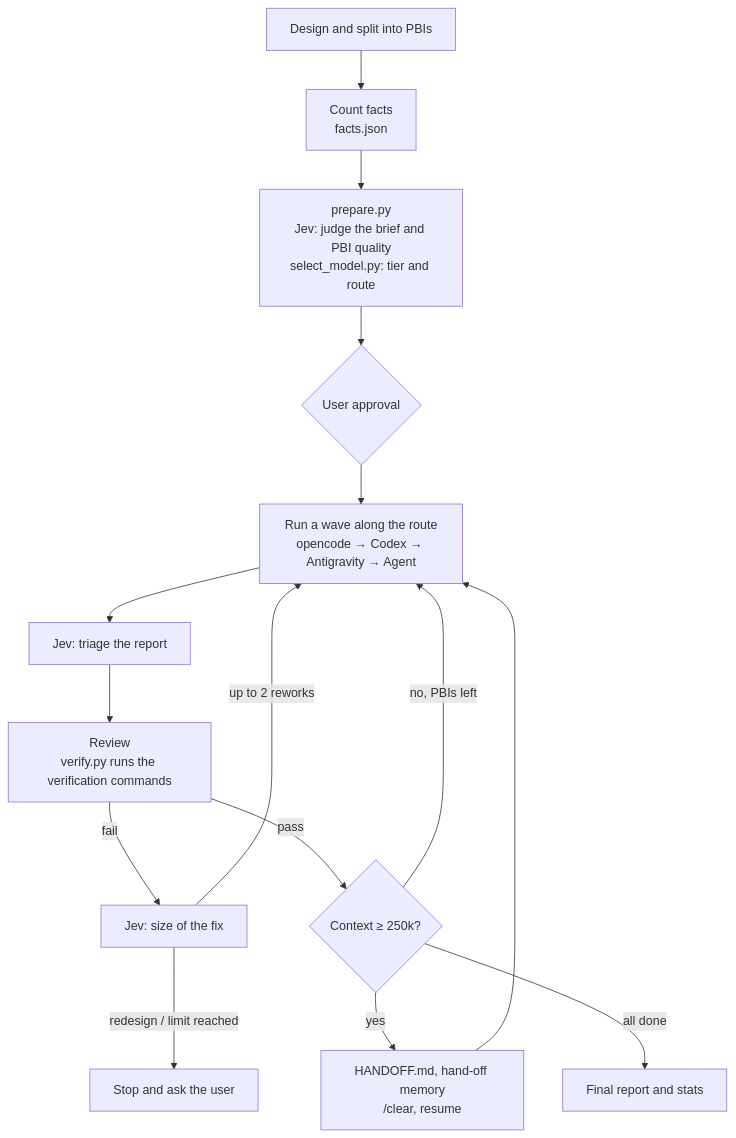
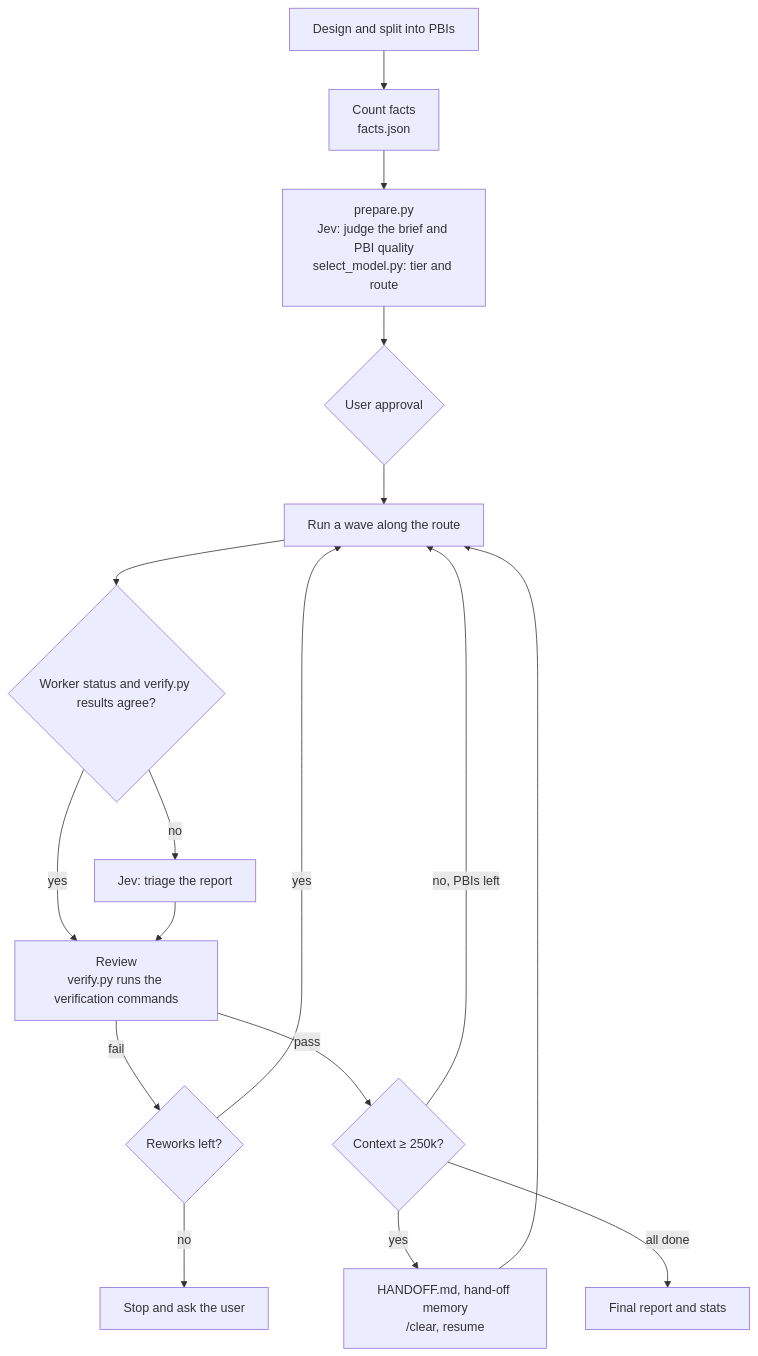
The diagram in README.md (reeschan/atelier), drawn with Mermaid before and after one commit. The commit also changed other lines of this file and 1 other file, not shown here.

````diff
--- a/README.md
+++ b/README.md
@@ -39,17 +40,19 @@
 ```mermaid
 flowchart TD
   A[Design and split into PBIs] --> B[Count facts<br/>facts.json]
   B --> C[prepare.py<br/>Jev: judge the brief and PBI quality<br/>select_model.py: tier and route]
   C --> F{User approval}
-  F --> G[Run a wave along the route<br/>opencode → Codex → Antigravity → Agent]
-  G --> H[Jev: triage the report]
-  H --> I[Review<br/>verify.py runs the verification commands]
-  I -->|fail| K[Jev: size of the fix]
-  K -->|up to 2 reworks| G
-  K -->|redesign / limit reached| L[Stop and ask the user]
+  F --> G[Run a wave along the route]
+  G --> H{Worker status and verify.py results agree?}
+  H -->|no| H2[Jev: triage the report]
+  H -->|yes| I
+  H2 --> I[Review<br/>verify.py runs the verification commands]
+  I -->|fail| K{Reworks left?}
+  K -->|yes| G
+  K -->|no| L[Stop and ask the user]
   I -->|pass| M{Context ≥ 250k?}
   M -->|no, PBIs left| G
   M -->|yes| N[HANDOFF.md, hand-off memory<br/>/clear, resume]
   N --> G
   M -->|all done| J[Final report and stats]
 ```
````
